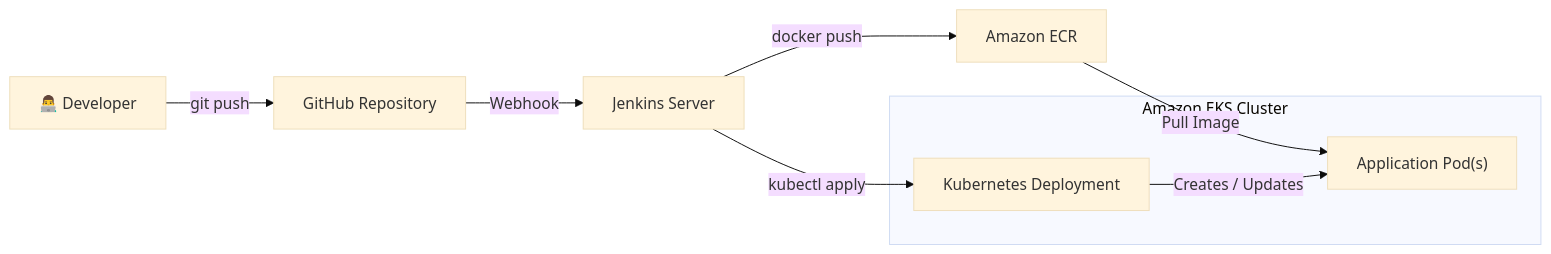
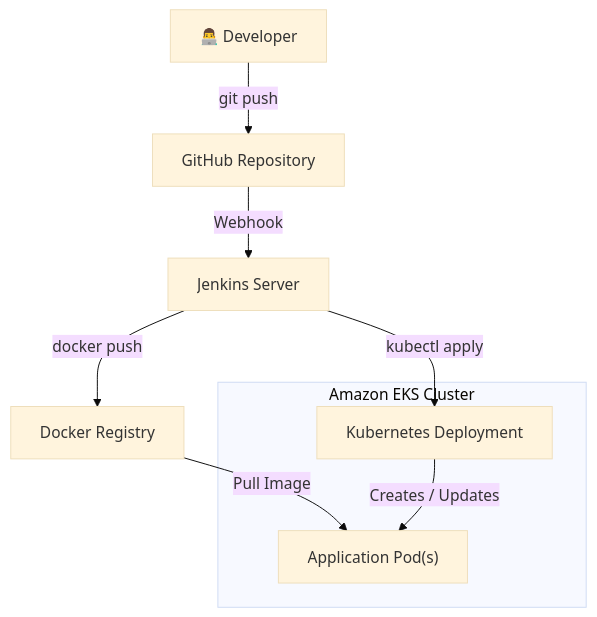
One commit to nyanzi-eks/java-maven-app changed the diagram in README.md. Above: the diagram before and after it, drawn with Mermaid (base theme). The commit also changed other lines of this file and 3 other files, not shown here.

````diff
--- a/README.md
+++ b/README.md
@@ -11,19 +10,19 @@
 ```mermaid
-flowchart LR
+flowchart TD
     DEV["👨‍💻 Developer"]
     GIT["GitHub Repository"]
     JENKINS["Jenkins Server"]
-    ECR["Amazon ECR"]
+    DOCKERHUB["Docker Registry"]
     
     subgraph EKS["Amazon EKS Cluster"]
         DEPLOY["Kubernetes Deployment"]
         POD["Application Pod(s)"]
     end
 
     DEV -->|"git push"| GIT
     GIT -->|"Webhook"| JENKINS
-    JENKINS -->|"docker push"| ECR
+    JENKINS -->|"docker push"| DOCKERHUB
     JENKINS -->|"kubectl apply"| DEPLOY
-    ECR -->|"Pull Image"| POD
+    DOCKERHUB -->|"Pull Image"| POD
     DEPLOY -->|"Creates / Updates"| POD
 ```
````
